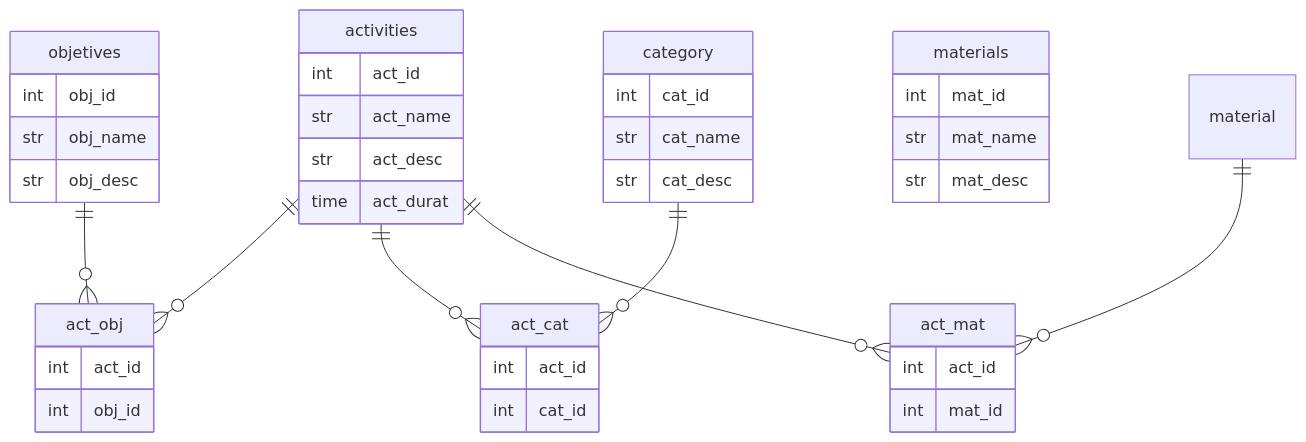
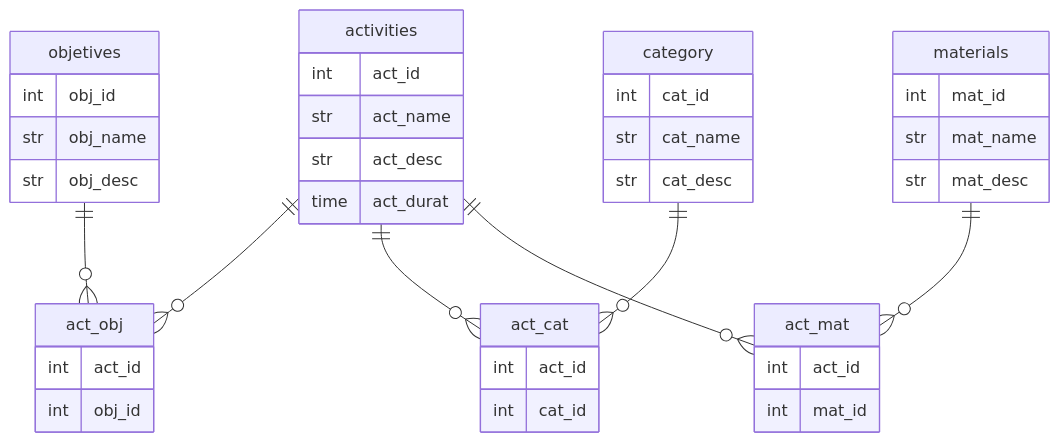
One commit to Covija97/BadenTracker changed the second of 3 diagrams in .info/2.database.md. Above: the diagram before and after it, drawn with Mermaid.

````diff
--- a/.info/2.database.md
+++ b/.info/2.database.md
@@ -23,52 +23,52 @@
 ```mermaid
 erDiagram
     
     activities {
         int act_id
         str act_name
         str act_desc
         time act_durat
     }
 
     objetives {
         int obj_id
         str obj_name
         str obj_desc    
     }
 
     category {
         int cat_id
         str cat_name
         str cat_desc    
     }
 
     materials {
         int mat_id
         str mat_name
         str mat_desc    
     }
 
     act_obj {
         int act_id
         int obj_id
     }
 
     act_cat {
         int act_id
         int cat_id
     }
 
     act_mat {
         int act_id
         int mat_id
     }
 
     activities ||--o{ act_obj : ""
     objetives ||--o{ act_obj : ""
 
     activities ||--o{ act_cat : ""
     category   ||--o{ act_cat : ""
 
     activities ||--o{ act_mat : ""
-    material   ||--o{ act_mat : ""
+    materials  ||--o{ act_mat : ""
 ```
````
